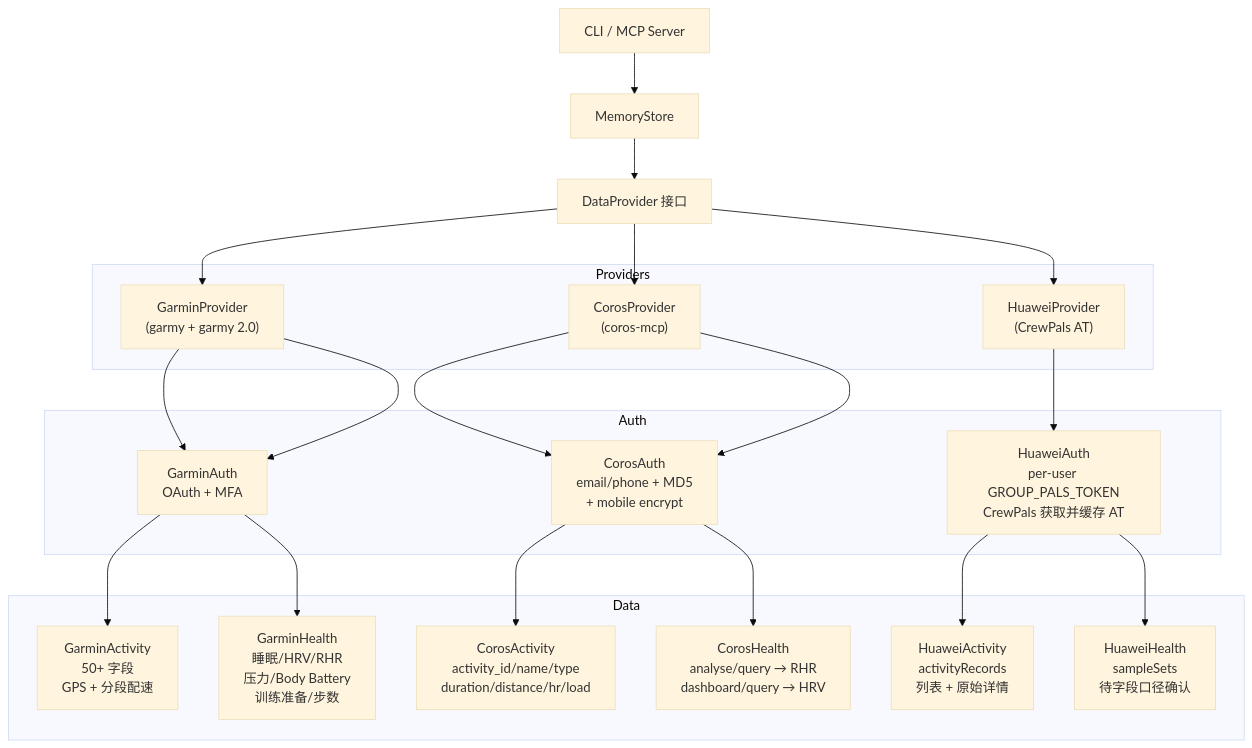
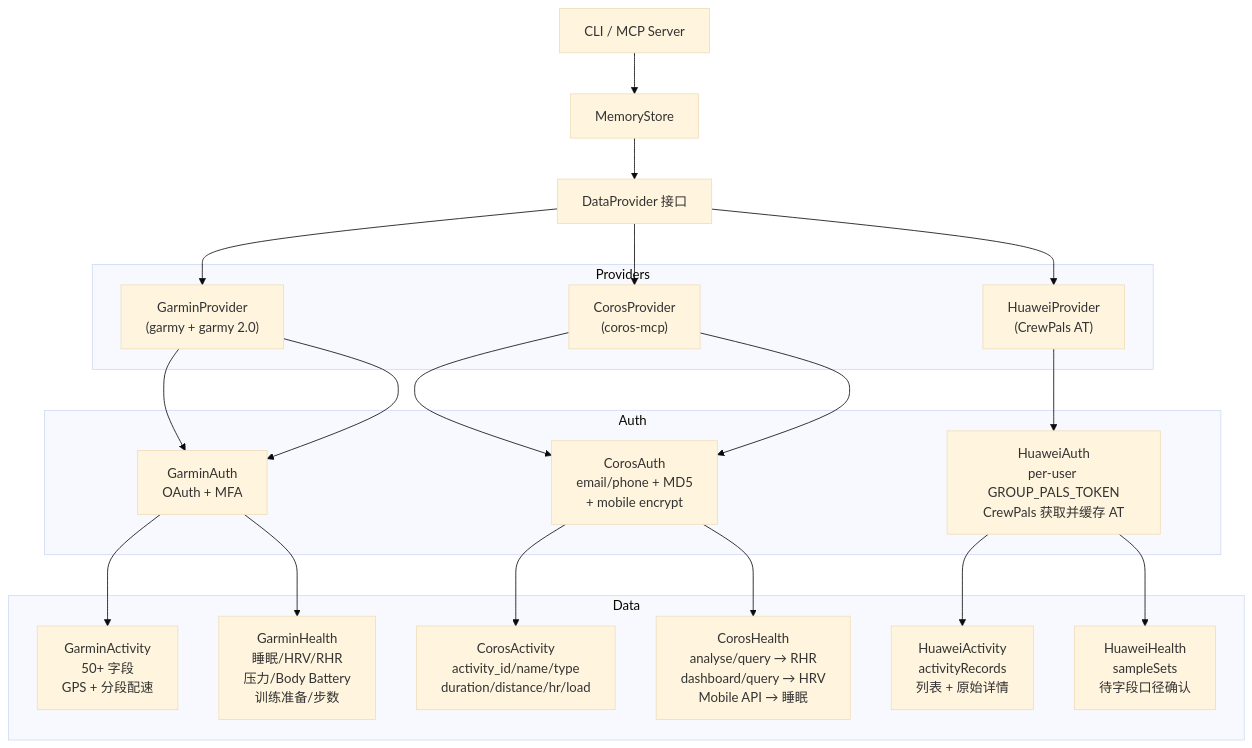
One commit to qd1993102/rundown changed the diagram in docs/design/12-multi-platform.md. Above: the diagram before and after it, drawn with Mermaid (base theme). The commit also changed other lines of this file and 42 other files, not shown here.

````diff
--- a/docs/design/12-multi-platform.md
+++ b/docs/design/12-multi-platform.md
@@ -20,39 +20,39 @@
 ```mermaid
 graph TD
     CLI["CLI / MCP Server"]
     MEMORY["MemoryStore"]
     PROVIDER["DataProvider 接口"]
 
     subgraph Providers
         GARMIN["GarminProvider<br/>(garmy + garmy 2.0)"]
         COROS["CorosProvider<br/>(coros-mcp)"]
         HUAWEI["HuaweiProvider<br/>(CrewPals AT)"]
     end
 
     subgraph Auth
         GA["GarminAuth<br/>OAuth + MFA"]
         CA["CorosAuth<br/>email/phone + MD5<br/>+ mobile encrypt"]
         HA["HuaweiAuth<br/>per-user GROUP_PALS_TOKEN<br/>CrewPals 获取并缓存 AT"]
     end
 
     subgraph Data
         G_ACT["GarminActivity<br/>50+ 字段<br/>GPS + 分段配速"]
         C_ACT["CorosActivity<br/>activity_id/name/type<br/>duration/distance/hr/load"]
         H_ACT["HuaweiActivity<br/>activityRecords<br/>列表 + 原始详情"]
         G_HEALTH["GarminHealth<br/>睡眠/HRV/RHR<br/>压力/Body Battery<br/>训练准备/步数"]
-        C_HEALTH["CorosHealth<br/>analyse/query → RHR<br/>dashboard/query → HRV"]
+        C_HEALTH["CorosHealth<br/>analyse/query → RHR<br/>dashboard/query → HRV<br/>Mobile API → 睡眠"]
         H_HEALTH["HuaweiHealth<br/>sampleSets<br/>待字段口径确认"]
     end
 
     CLI --> MEMORY
     MEMORY --> PROVIDER
     PROVIDER --> GARMIN
     PROVIDER --> COROS
     PROVIDER --> HUAWEI
     GARMIN --> GA --> G_ACT
     GARMIN --> GA --> G_HEALTH
     COROS --> CA --> C_ACT
     COROS --> CA --> C_HEALTH
     HUAWEI --> HA --> H_ACT
     HA --> H_HEALTH
 ```
````
